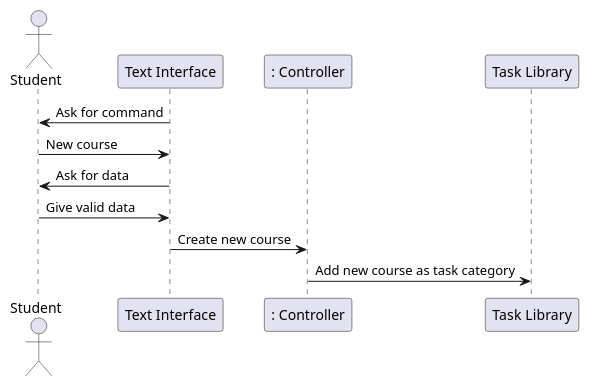
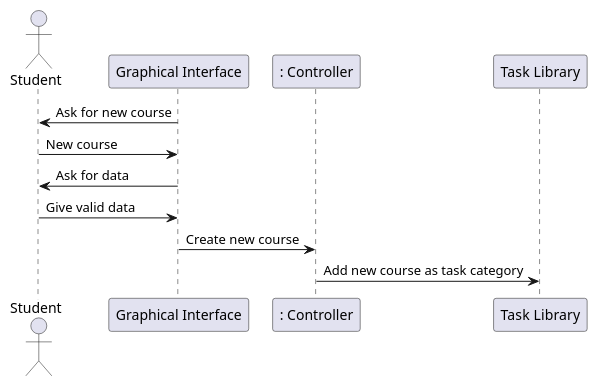
One commit to oolumuyiwa/planner changed the third of 4 diagrams in intellij/doc/design.md. Above: the diagram before and after it, drawn with PlantUML. The commit also changed other lines of this file, not shown here.

Commit message:
design class diagram updated for iteration 2

````diff
--- a/intellij/doc/design.md
+++ b/intellij/doc/design.md
@@ -73,14 +73,14 @@
 ```plantuml
 @startuml
 actor Student as student
-participant "Text Interface" as textInterface
+participant "Graphical Interface" as graphicalInterface
 participant ": Controller" as controller
 participant "Task Library" as taskLibrary
-textInterface -> student: Ask for command 
-student -> textInterface: New course
-textInterface -> student : Ask for data
-student -> textInterface: Give valid data
-textInterface -> controller: Create new course
+graphicalInterface -> student: Ask for new course
+student -> graphicalInterface: New course
+graphicalInterface -> student : Ask for data
+student -> graphicalInterface: Give valid data
+graphicalInterface -> controller: Create new course
 controller -> taskLibrary: Add new course as task category
 @enduml
 ```
````
